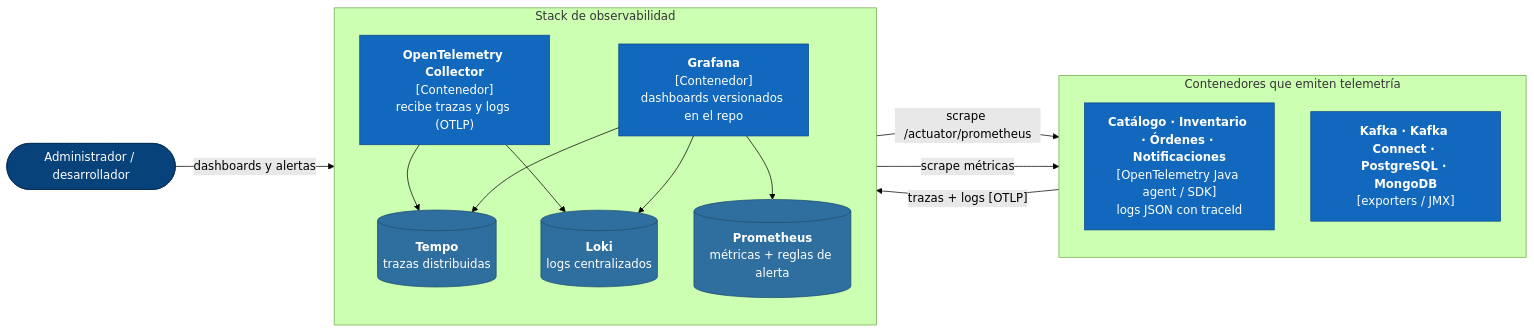
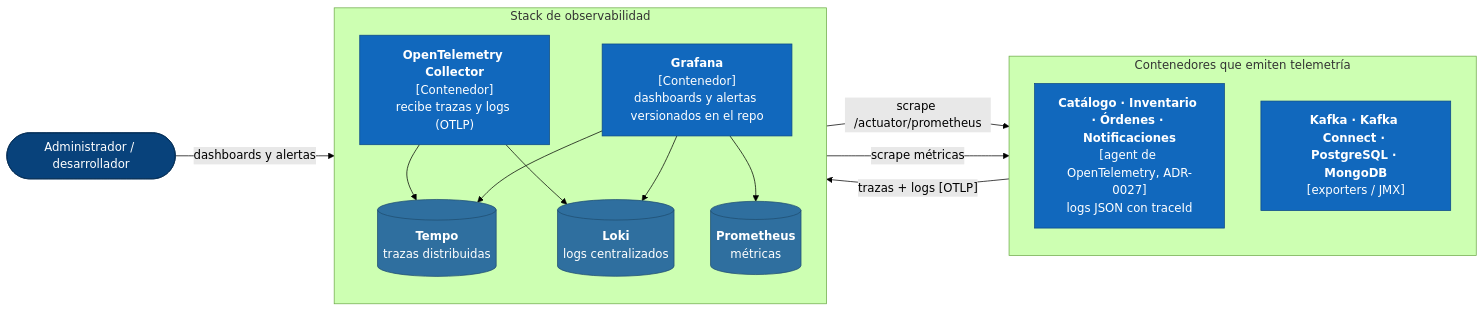
One commit to jngeor/inventory changed the fourth of 6 diagrams in docs/architecture/c4-model.md. Above: the diagram before and after it, drawn with Mermaid (forest theme). The commit also changed other lines of this file and 11 other files, not shown here.

````diff
--- a/docs/architecture/c4-model.md
+++ b/docs/architecture/c4-model.md
@@ -161,33 +161,33 @@
 ```mermaid
 flowchart LR
     subgraph APPS["Contenedores que emiten telemetría"]
         direction TB
-        SVC["<b>Catálogo · Inventario · Órdenes · Notificaciones</b><br/>[OpenTelemetry Java agent / SDK]<br/>logs JSON con traceId"]:::internal
+        SVC["<b>Catálogo · Inventario · Órdenes · Notificaciones</b><br/>[agent de OpenTelemetry, ADR-0027]<br/>logs JSON con traceId"]:::internal
         INFRA["<b>Kafka · Kafka Connect · PostgreSQL · MongoDB</b><br/>[exporters / JMX]"]:::internal
     end
 
     subgraph OBS["Stack de observabilidad"]
         direction TB
         OTEL["<b>OpenTelemetry Collector</b><br/>[Contenedor]<br/>recibe trazas y logs (OTLP)"]:::internal
         TEMPO[("<b>Tempo</b><br/>trazas distribuidas")]:::db
         LOKI[("<b>Loki</b><br/>logs centralizados")]:::db
-        PROM[("<b>Prometheus</b><br/>métricas + reglas de alerta")]:::db
-        GRAF["<b>Grafana</b><br/>[Contenedor]<br/>dashboards versionados en el repo"]:::internal
+        PROM[("<b>Prometheus</b><br/>métricas")]:::db
+        GRAF["<b>Grafana</b><br/>[Contenedor]<br/>dashboards y alertas versionados en el repo"]:::internal
     end
 
     ADM(["Administrador / desarrollador"]):::person
 
     SVC -- "trazas + logs [OTLP]" --> OTEL
     OTEL --> TEMPO
     OTEL --> LOKI
     PROM -- "scrape /actuator/prometheus" --> SVC
     PROM -- "scrape métricas" --> INFRA
     GRAF --> TEMPO
     GRAF --> LOKI
     GRAF --> PROM
     ADM -- "dashboards y alertas" --> GRAF
 
     classDef person fill:#08427b,stroke:#052e56,color:#fff
     classDef internal fill:#1168bd,stroke:#0b4884,color:#fff
     classDef db fill:#2f6f9f,stroke:#1f4e70,color:#fff
 ```
````
